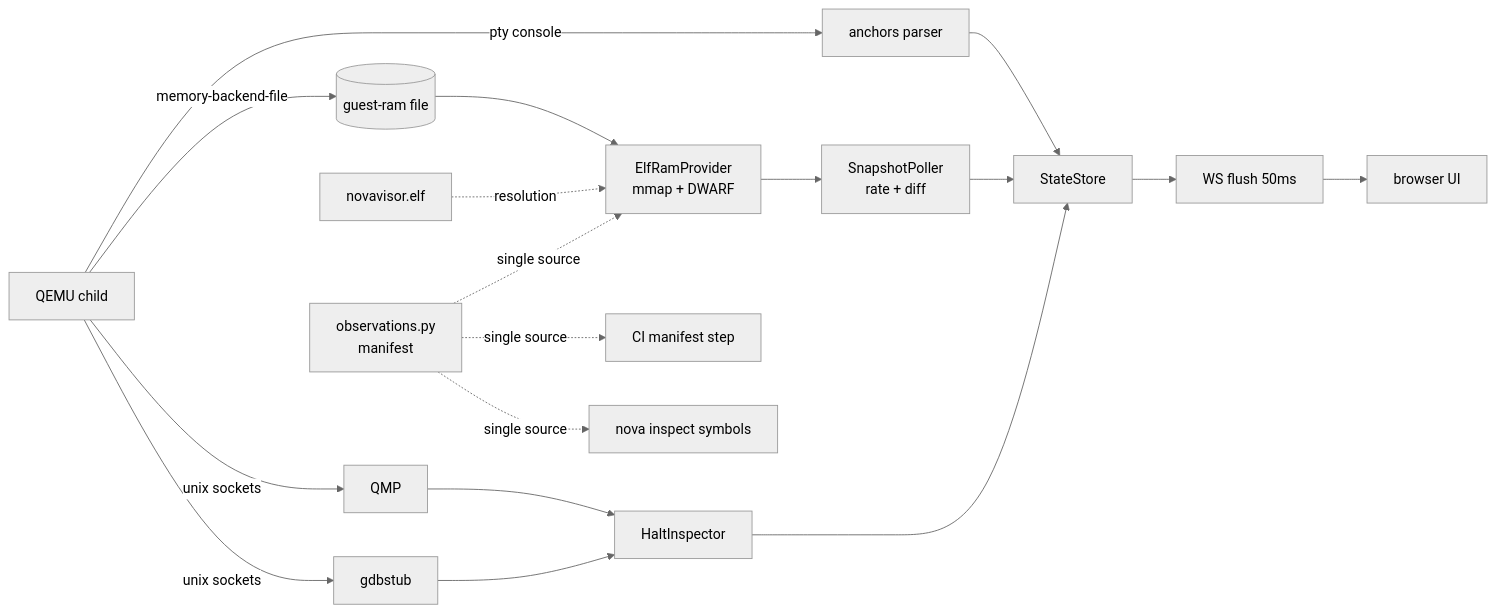
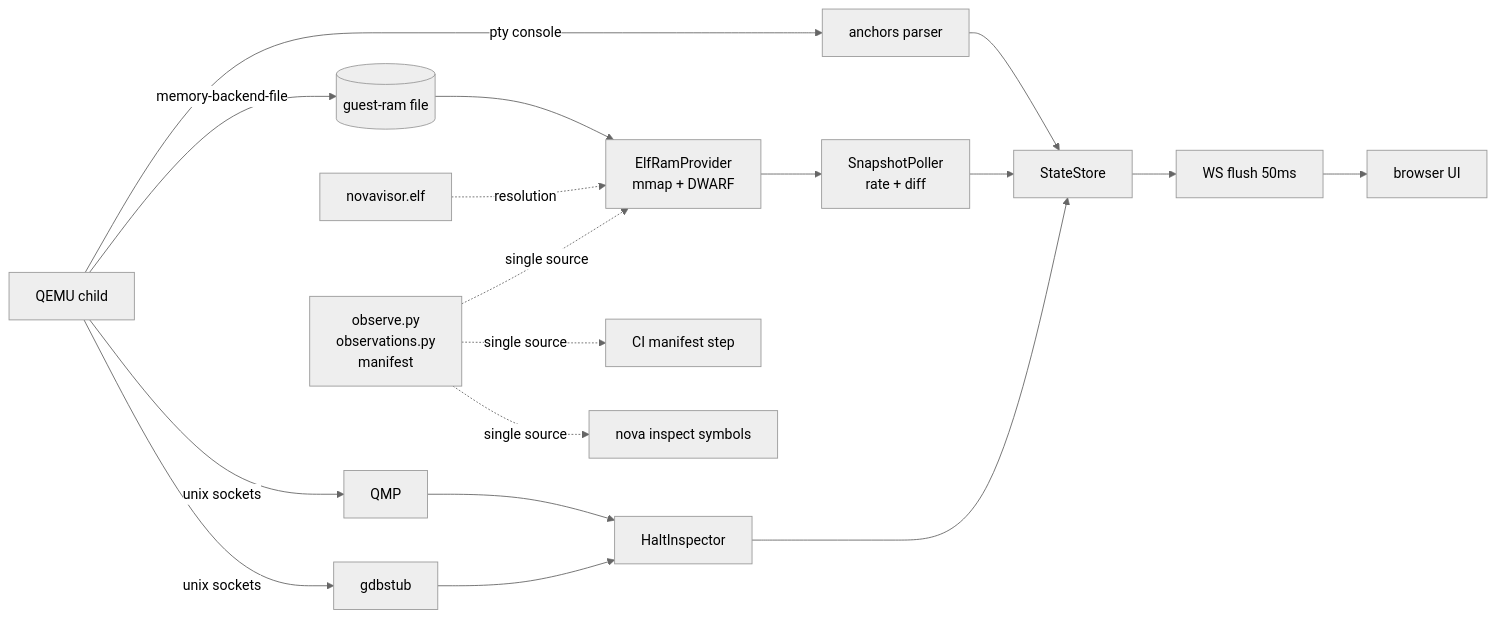
The diagram in WORKBENCH.md (henny-cho/novavisor), drawn with Mermaid (neutral theme) before and after one commit. The commit also changed other lines of this file, not shown here.

````diff
--- a/WORKBENCH.md
+++ b/WORKBENCH.md
@@ -287,12 +352,12 @@
 ```mermaid
 flowchart LR
     Q[QEMU child] -->|pty console| AP[anchors parser] --> ST[StateStore]
     Q -->|memory-backend-file| RAM[(guest-ram file)]
     Q -->|unix sockets| QMP[QMP] & GDB[gdbstub]
     RAM --> PR[ElfRamProvider<br/>mmap + DWARF] --> PL[SnapshotPoller<br/>rate + diff] --> ST
     QMP --> HI[HaltInspector]
     GDB --> HI --> ST
     ST --> WS[WS flush 50ms] --> UI[browser UI]
     ELF[novavisor.elf] -.resolution.-> PR
-    MF[observations.py<br/>manifest] -.single source.-> PR & CI[CI manifest step] & CLI[nova inspect symbols]
+    MF[observe.py<br/>observations.py<br/>manifest] -.single source.-> PR & CI[CI manifest step] & CLI[nova inspect symbols]
 ```
````
